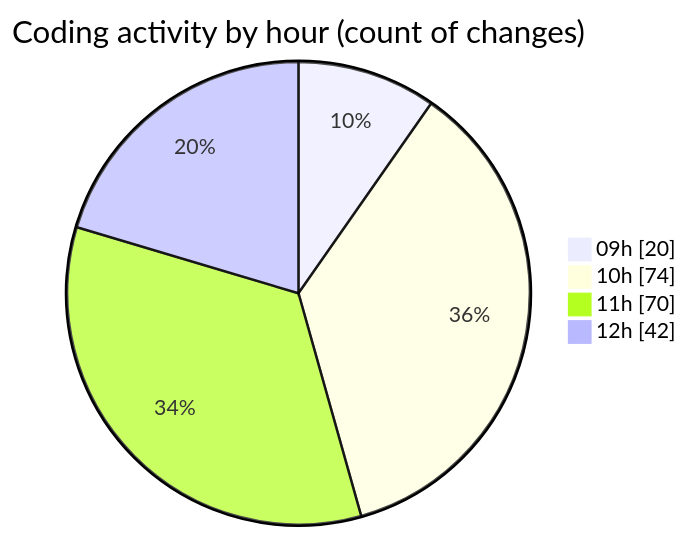
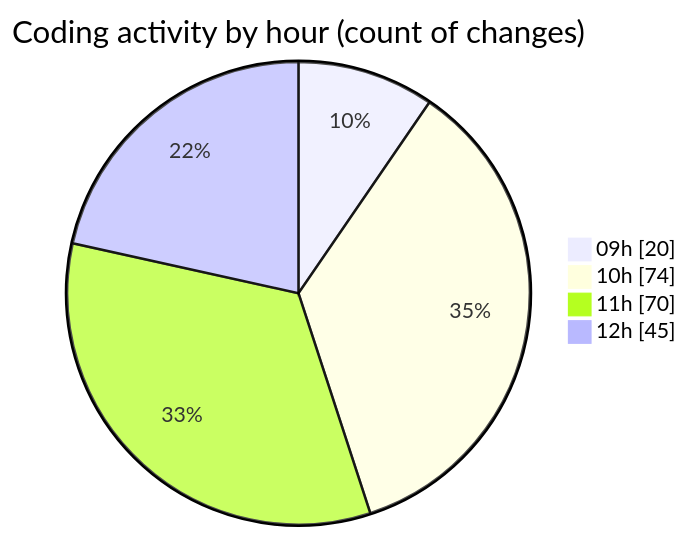
The second of 2 diagrams in 2025-06-06/ecodeli-1/README.md (CELIANVF/code-tracking), drawn with Mermaid before and after one commit. The commit also changed other lines of this file and 1 other file, not shown here.

````diff
--- a/2025-06-06/ecodeli-1/README.md
+++ b/2025-06-06/ecodeli-1/README.md
@@ -85,8 +87,8 @@
 ```mermaid
 pie showData
 title Coding activity by hour (count of changes)
 "09h" : 20
 "10h" : 74
 "11h" : 70
-"12h" : 42
+"12h" : 45
 ```
````
